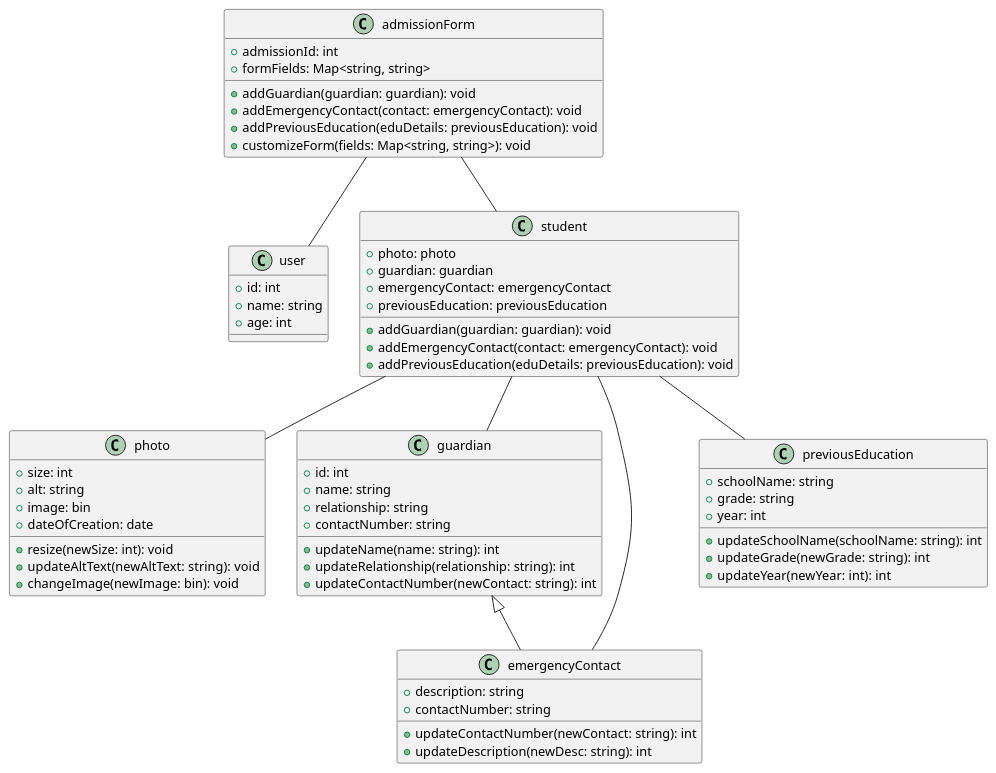
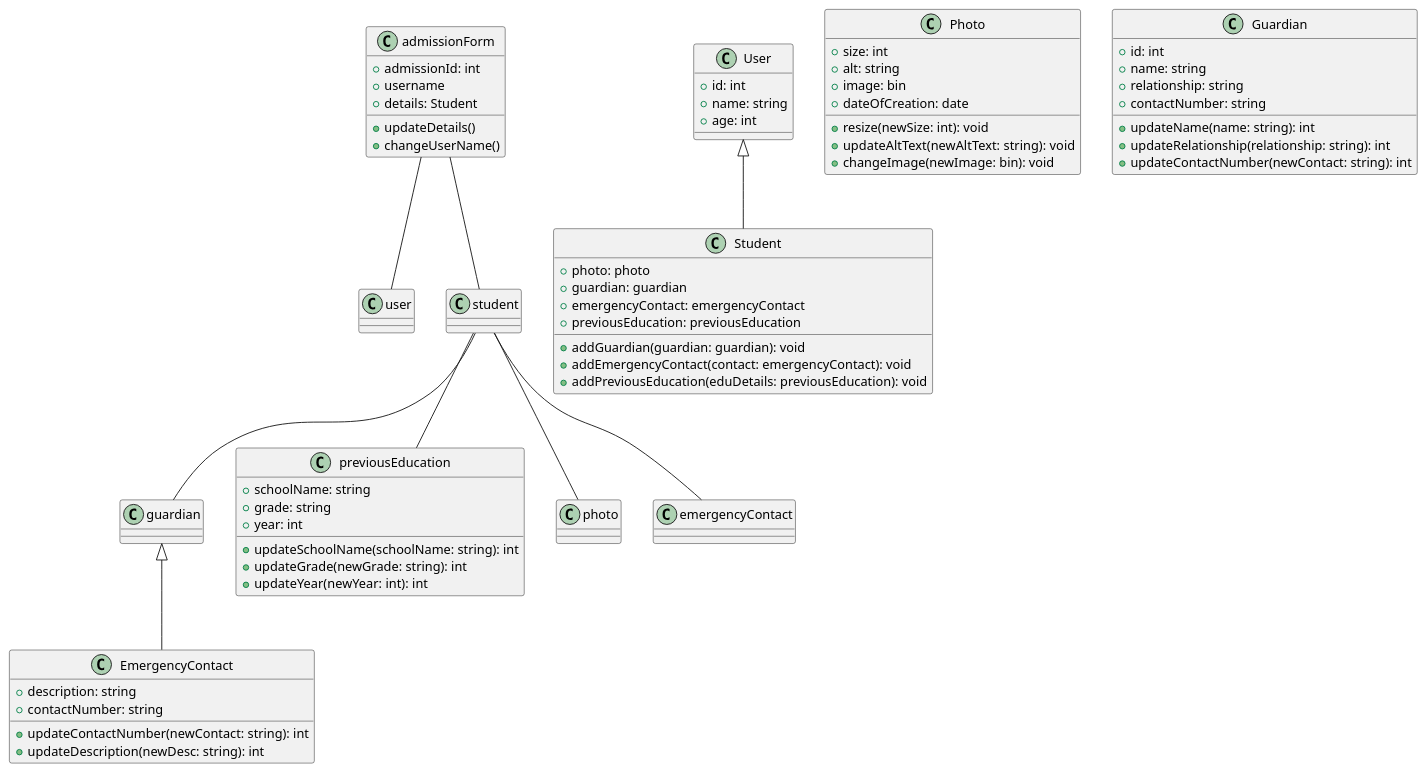
One commit to anshium/DASS-Assignment-3-IMS-System-Design changed the diagram in admissions.plantuml. Above: the diagram before and after it, drawn with PlantUML.

Commit message:
update admissions

```diff
--- a/admissions.plantuml
+++ b/admissions.plantuml
@@ -1,71 +1,75 @@
 @startuml admissions
+
 class admissionForm {
-  + admissionId: int
-  + formFields: Map<string, string>
-  + addGuardian(guardian: guardian): void
-  + addEmergencyContact(contact: emergencyContact): void
-  + addPreviousEducation(eduDetails: previousEducation): void
-  + customizeForm(fields: Map<string, string>): void
+	+ admissionId: int
+	+ username
+	+ details: Student
+
+	+ updateDetails()
+	+ changeUserName()
 }
 
-class user {
+class User {
   + id: int
   + name: string
   + age: int
 }
 
-class student {
+class Student extends User{
   + photo: photo
   + guardian: guardian
   + emergencyContact: emergencyContact
   + previousEducation: previousEducation
+
   + addGuardian(guardian: guardian): void
   + addEmergencyContact(contact: emergencyContact): void
   + addPreviousEducation(eduDetails: previousEducation): void
 }
 
-class photo {
+class Photo {
   + size: int
   + alt: string
   + image: bin
   + dateOfCreation: date
   + resize(newSize: int): void
   + updateAltText(newAltText: string): void
   + changeImage(newImage: bin): void
 }
 
-class guardian {
+class Guardian {
   + id: int
   + name: string
   + relationship: string
   + contactNumber: string
+
   + updateName(name: string): int
   + updateRelationship(relationship: string): int
   + updateContactNumber(newContact: string): int
 }
 
-class emergencyContact extends guardian{
+class EmergencyContact extends guardian{
 	+ description: string
 	+ contactNumber: string
 
 	+ updateContactNumber(newContact: string): int
 	+ updateDescription(newDesc: string): int
 }
 
 class previousEducation {
   + schoolName: string
   + grade: string
   + year: int
+  
   + updateSchoolName(schoolName: string): int
   + updateGrade(newGrade: string): int
   + updateYear(newYear: int): int
 }
 
 admissionForm -- user
 admissionForm -- student
 student -- photo
 student -- guardian
 student -- emergencyContact
 student -- previousEducation
 
 @enduml
```
